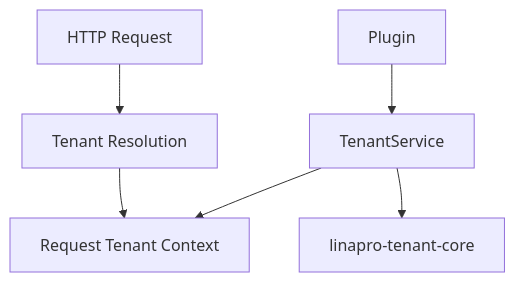
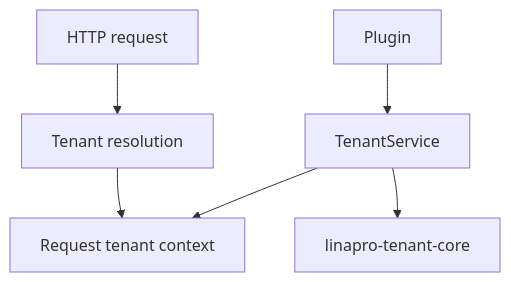
Before and after one commit to linaproai/linapro-site: the first of 2 diagrams in apps/lina-site/i18n/en/docusaurus-plugin-content-docs/current/docs/3000-domain-capabilities/8700-tenant.md, drawn with Mermaid. The commit also changed other lines of this file and 31 other files, not shown here.

````diff
--- a/apps/lina-site/i18n/en/docusaurus-plugin-content-docs/current/docs/3000-domain-capabilities/8700-tenant.md
+++ b/apps/lina-site/i18n/en/docusaurus-plugin-content-docs/current/docs/3000-domain-capabilities/8700-tenant.md
@@ -44,8 +46,8 @@
 ```mermaid
 graph TB
-    Request["HTTP Request"] --> Resolver["Tenant Resolution"]
-    Resolver --> Context["Request Tenant Context"]
+    Request["HTTP request"] --> Resolver["Tenant resolution"]
+    Resolver --> Context["Request tenant context"]
     Plugin["Plugin"] --> Tenant["TenantService"]
     Tenant --> Context
     Tenant --> Provider["linapro-tenant-core"]
 ```
````
